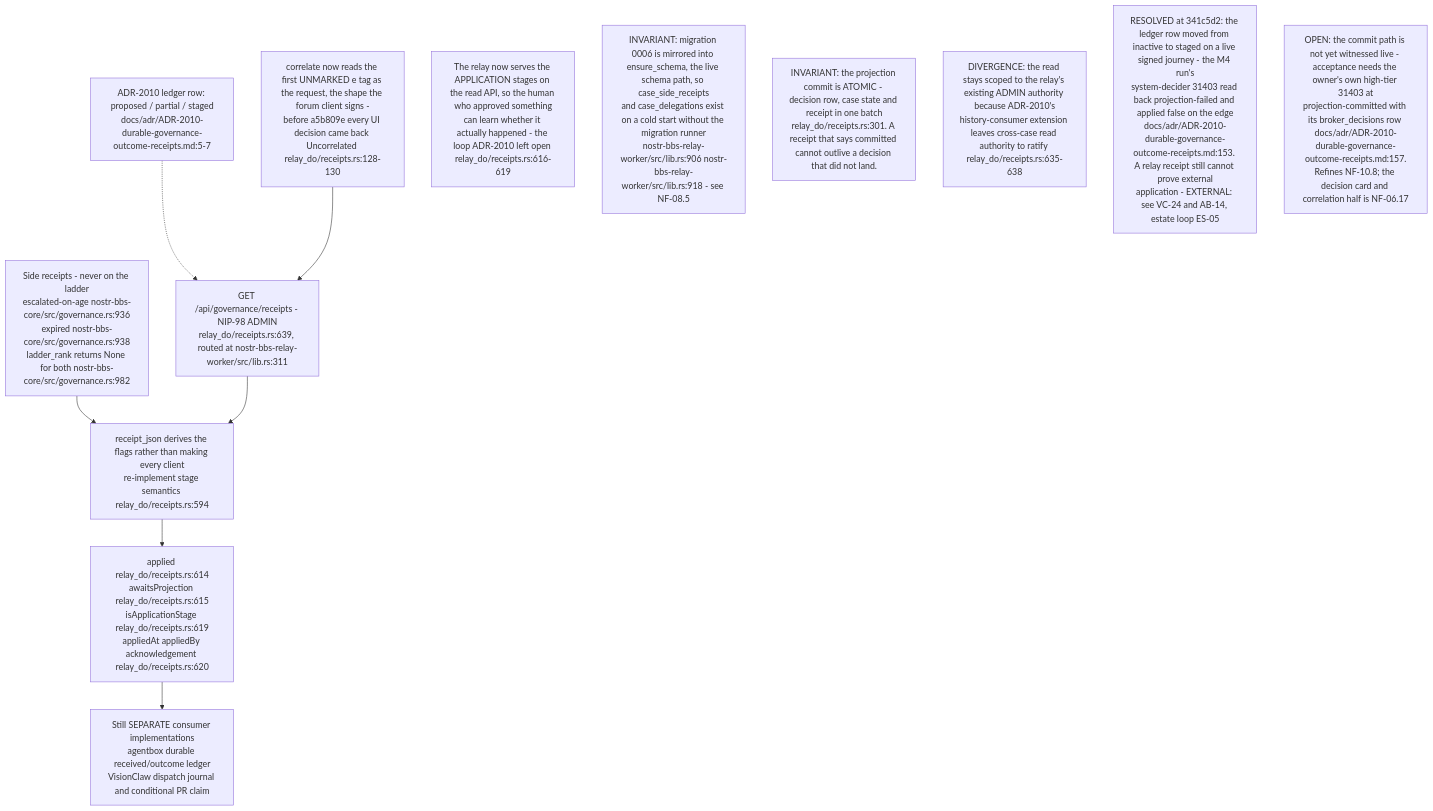
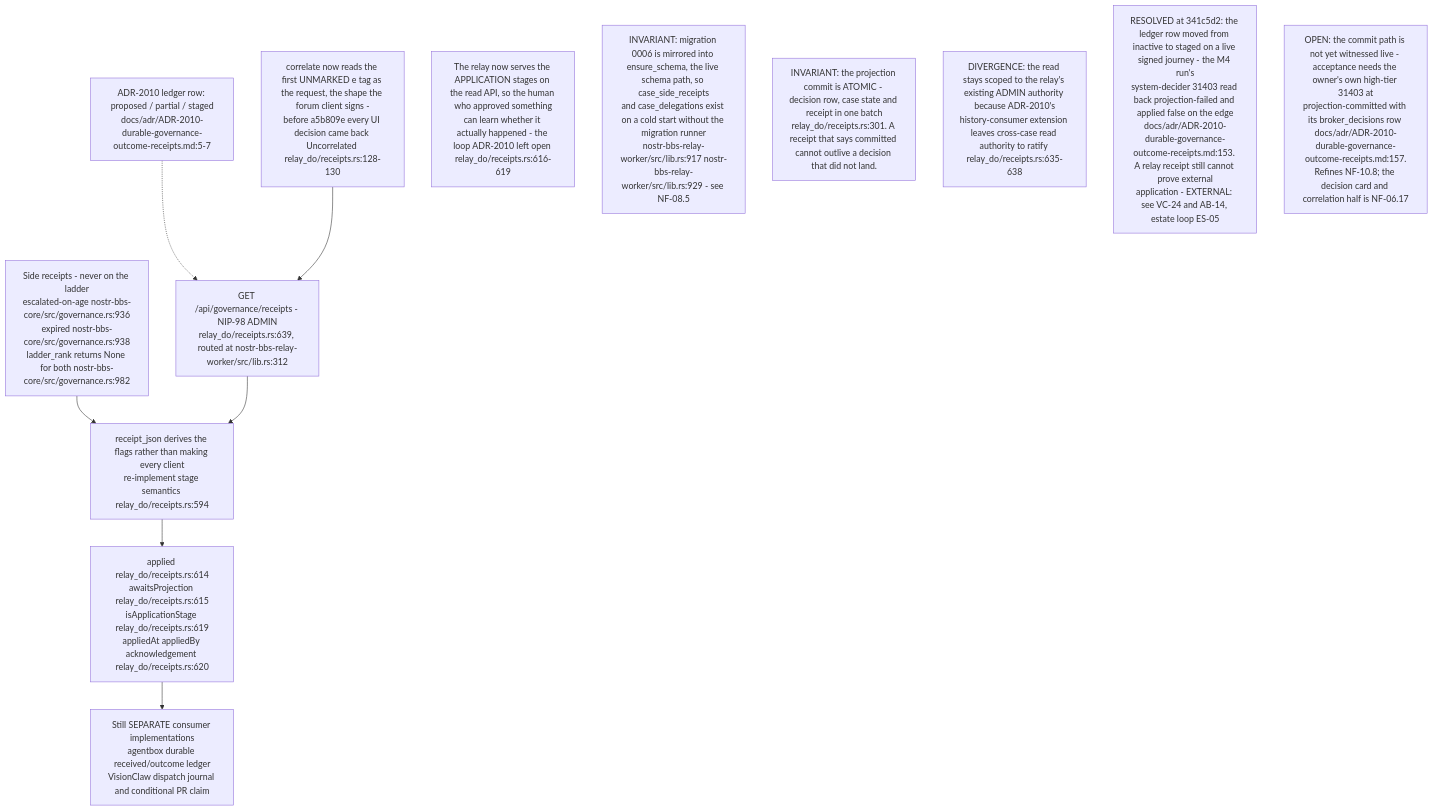
Before and after one commit to DreamLab-AI/VisionFlow: the ninth of 16 diagrams in docs/diagrams/nostr-rust-forum/11-relay-durable-object-internals.md, drawn with Mermaid. The commit also changed other lines of this file and 31 other files, not shown here.

````diff
--- a/docs/diagrams/nostr-rust-forum/11-relay-durable-object-internals.md
+++ b/docs/diagrams/nostr-rust-forum/11-relay-durable-object-internals.md
@@ -289,23 +289,23 @@
 ```mermaid
 flowchart TB
     SIDE["Side receipts - never on the ladder<br/>escalated-on-age nostr-bbs-core/src/governance.rs:936<br/>expired nostr-bbs-core/src/governance.rs:938<br/>ladder_rank returns None for both nostr-bbs-core/src/governance.rs:982"]
-    API["GET /api/governance/receipts - NIP-98 ADMIN<br/>relay_do/receipts.rs:639, routed at nostr-bbs-relay-worker/src/lib.rs:311"]
+    API["GET /api/governance/receipts - NIP-98 ADMIN<br/>relay_do/receipts.rs:639, routed at nostr-bbs-relay-worker/src/lib.rs:312"]
     JSON["receipt_json derives the flags rather than making every client<br/>re-implement stage semantics relay_do/receipts.rs:594"]
     FLAGS["applied relay_do/receipts.rs:614<br/>awaitsProjection relay_do/receipts.rs:615<br/>isApplicationStage relay_do/receipts.rs:619<br/>appliedAt appliedBy acknowledgement relay_do/receipts.rs:620"]
     LEDGER["ADR-2010 ledger row: proposed / partial / staged<br/>docs/adr/ADR-2010-durable-governance-outcome-receipts.md:5-7"]
     CORR["correlate now reads the first UNMARKED e tag as the request, the shape the forum client signs -<br/>before a5b809e every UI decision came back Uncorrelated relay_do/receipts.rs:128-130"]
     OPEN["Still SEPARATE consumer implementations<br/>agentbox durable received/outcome ledger<br/>VisionClaw dispatch journal and conditional PR claim"]
 
     SIDE --> JSON
     API --> JSON --> FLAGS
     LEDGER -.-> API
     CORR --> API
     FLAGS --> OPEN
 
     N1["The relay now serves the APPLICATION stages on the read API, so the human who approved something<br/>can learn whether it actually happened - the loop ADR-2010 left open relay_do/receipts.rs:616-619"]
-    N6["INVARIANT: migration 0006 is mirrored into ensure_schema, the live schema path, so case_side_receipts<br/>and case_delegations exist on a cold start without the migration runner<br/>nostr-bbs-relay-worker/src/lib.rs:906 nostr-bbs-relay-worker/src/lib.rs:918 - see NF-08.5"]
+    N6["INVARIANT: migration 0006 is mirrored into ensure_schema, the live schema path, so case_side_receipts<br/>and case_delegations exist on a cold start without the migration runner<br/>nostr-bbs-relay-worker/src/lib.rs:917 nostr-bbs-relay-worker/src/lib.rs:929 - see NF-08.5"]
     N2["INVARIANT: the projection commit is ATOMIC - decision row, case state and receipt in one batch<br/>relay_do/receipts.rs:301. A receipt that says committed cannot outlive a decision that did not land."]
     N3["DIVERGENCE: the read stays scoped to the relay's existing ADMIN authority because ADR-2010's<br/>history-consumer extension leaves cross-case read authority to ratify relay_do/receipts.rs:635-638"]
     N4["RESOLVED at 341c5d2: the ledger row moved from inactive to staged on a live signed journey - the M4 run's<br/>system-decider 31403 read back projection-failed and applied false on the edge<br/>docs/adr/ADR-2010-durable-governance-outcome-receipts.md:153. A relay receipt still cannot prove external<br/>application - EXTERNAL: see VC-24 and AB-14, estate loop ES-05"]
     N5["OPEN: the commit path is not yet witnessed live - acceptance needs the owner's own high-tier 31403 at<br/>projection-committed with its broker_decisions row docs/adr/ADR-2010-durable-governance-outcome-receipts.md:157.<br/>Refines NF-10.8; the decision card and correlation half is NF-06.17"]
 ```
````
